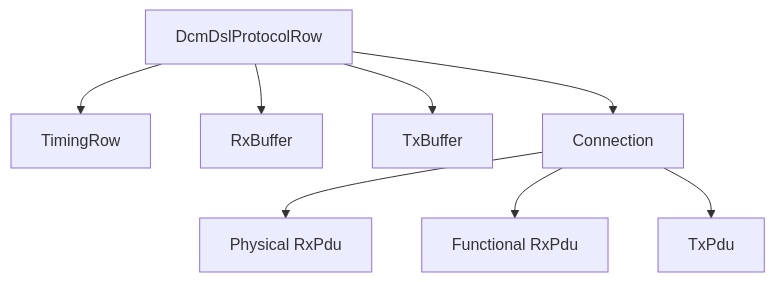
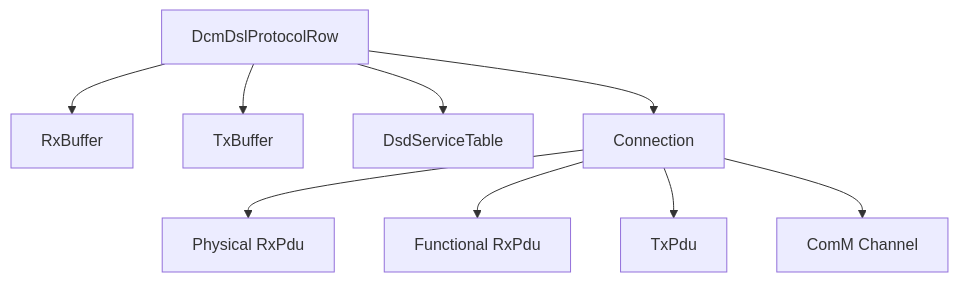
Before and after one commit to GiaBao1802/autosar-diagnostic-stack-course: the first of 2 diagrams in docs/14_dcm_ecuc_parameters.md, drawn with Mermaid. The commit also changed other lines of this file and 4 other files, not shown here.

````diff
--- a/docs/14_dcm_ecuc_parameters.md
+++ b/docs/14_dcm_ecuc_parameters.md
@@ -18,10 +39,11 @@
 ```mermaid
 flowchart TD
-  PROTO["DcmDslProtocolRow"] --> TIM["TimingRow"]
-  PROTO --> RXBUF["RxBuffer"]
-  PROTO --> TXBUF["TxBuffer"]
-  PROTO --> CONN["Connection"]
+  ROW["DcmDslProtocolRow"] --> RXB["RxBuffer"]
+  ROW --> TXB["TxBuffer"]
+  ROW --> TABLE["DsdServiceTable"]
+  ROW --> CONN["Connection"]
   CONN --> PHY["Physical RxPdu"]
   CONN --> FUN["Functional RxPdu"]
   CONN --> TX["TxPdu"]
+  CONN --> COMM["ComM Channel"]
 ```
````
